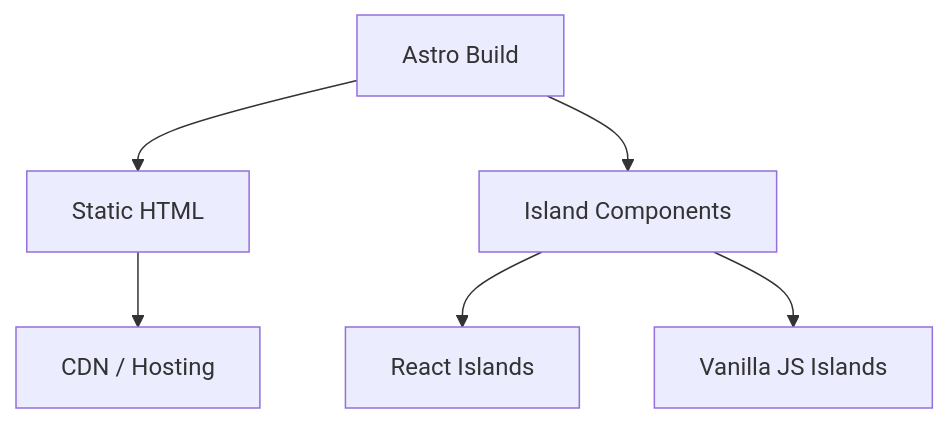
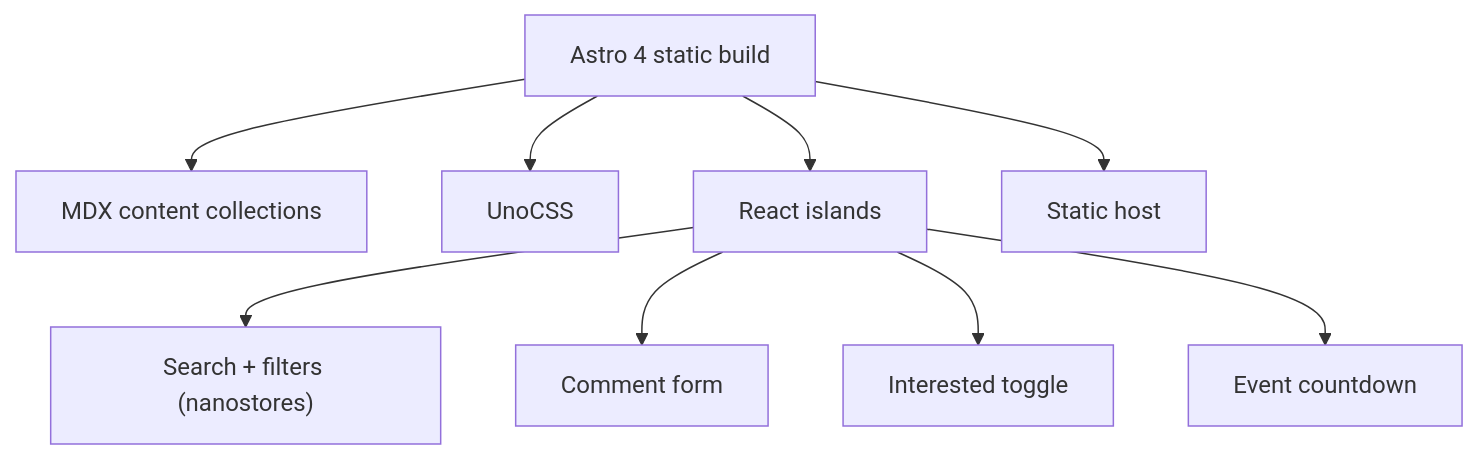
One commit to raihanachmad8/portofolio changed the diagram in src/content/projects/innovatech.mdx. Above: the diagram before and after it, drawn with Mermaid. The commit also changed other lines of this file and 16 other files, not shown here.

First line of the commit message:
feat: enrich all 11 project MDX with verified data and diagrams

````diff
--- a/src/content/projects/innovatech.mdx
+++ b/src/content/projects/innovatech.mdx
@@ -55,8 +49,11 @@
 ```mermaid
 flowchart TD
-    A["Astro Build"] --> B["Static HTML"]
-    A --> C["Island Components"]
-    C --> D["React Islands"]
-    C --> E["Vanilla JS Islands"]
-    B --> F["CDN / Hosting"]
+    A["Astro 4 static build"] --> B["MDX content collections"]
+    A --> C["UnoCSS"]
+    A --> D["React islands"]
+    D --> E["Search + filters (nanostores)"]
+    D --> F["Comment form"]
+    D --> G["Interested toggle"]
+    D --> H["Event countdown"]
+    A --> I["Static host"]
 ```
````
